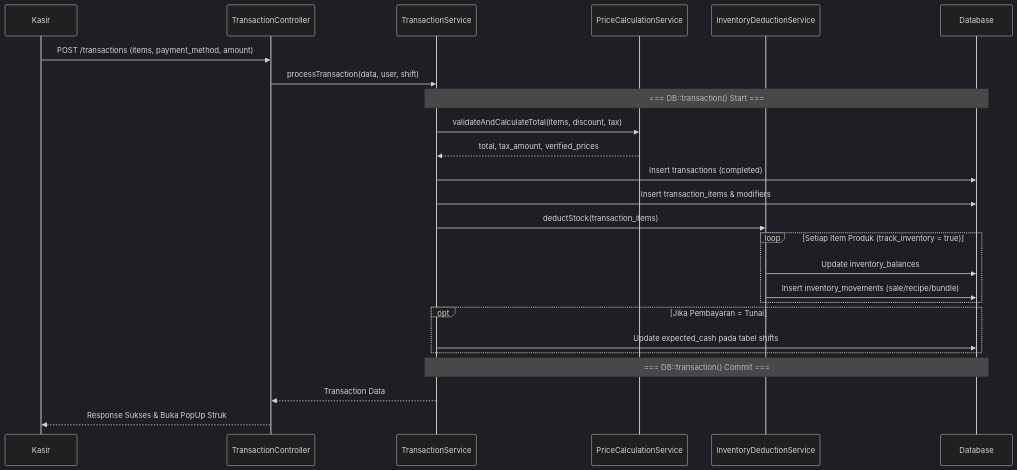
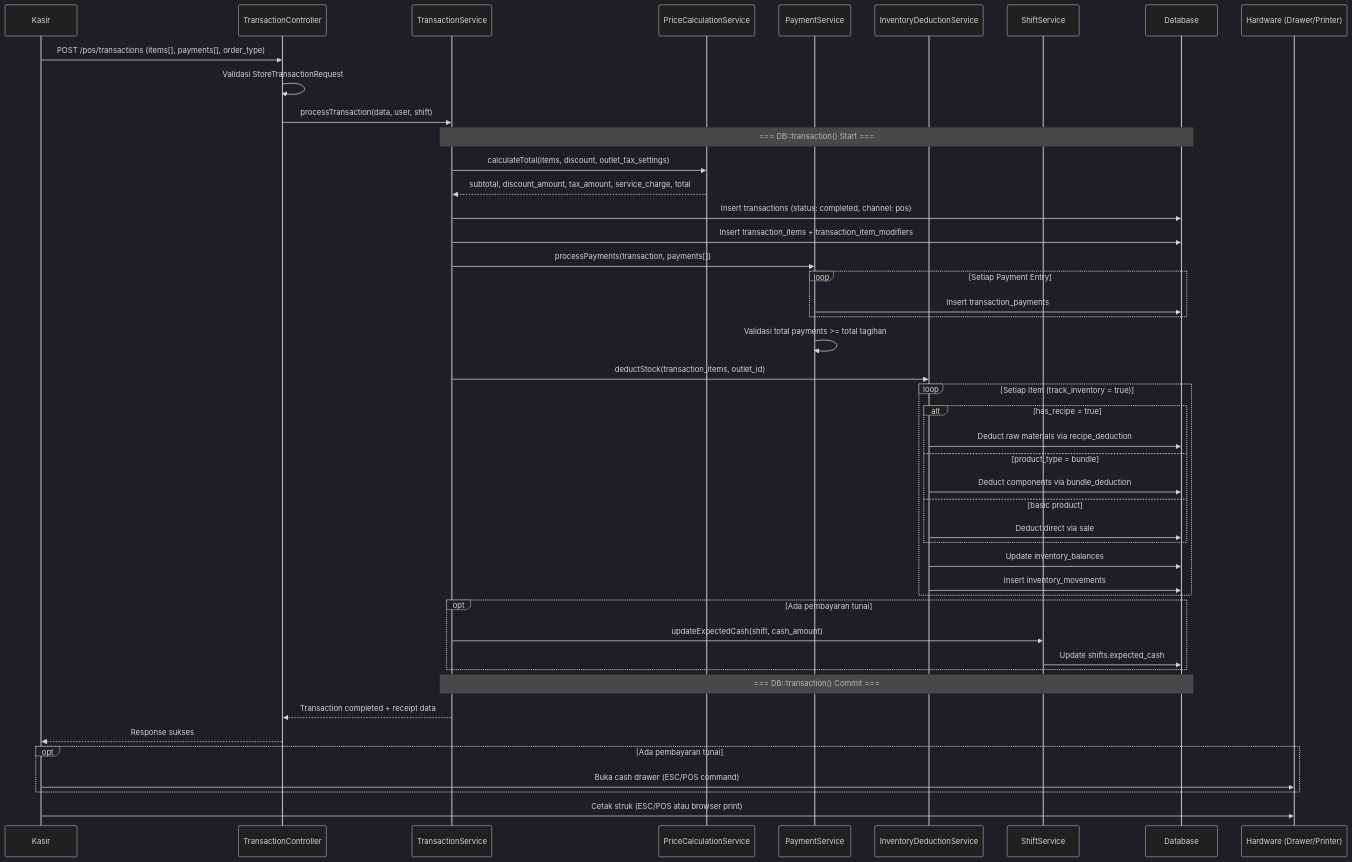
One commit to whykrr/sollu-app changed the second of 4 diagrams in prd/PRD Transaksi V1.md. Above: the diagram before and after it, drawn with Mermaid (dark theme). The commit also changed other lines of this file and 4 other files, not shown here.

````diff
--- a/prd/PRD Transaksi V1.md
+++ b/prd/PRD Transaksi V1.md
@@ -135,33 +261,58 @@
 ```mermaid
 sequenceDiagram
     participant K as Kasir
     participant C as TransactionController
     participant TS as TransactionService
     participant PC as PriceCalculationService
+    participant PS as PaymentService
     participant IS as InventoryDeductionService
+    participant SS as ShiftService
     participant DB as Database
+    participant HW as Hardware (Drawer/Printer)
 
-    K->>C: POST /transactions (items, payment_method, amount)
+    K->>C: POST /pos/transactions (items[], payments[], order_type)
+    C->>C: Validasi StoreTransactionRequest
     C->>TS: processTransaction(data, user, shift)
     
     Note over TS,DB: === DB::transaction() Start ===
-    TS->>PC: validateAndCalculateTotal(items, discount, tax)
-    PC-->>TS: total, tax_amount, verified_prices
     
-    TS->>DB: Insert transactions (completed)
-    TS->>DB: Insert transaction_items & modifiers
-    
-    TS->>IS: deductStock(transaction_items)
-    loop Setiap Item Produk (track_inventory = true)
+    TS->>PC: calculateTotal(items, discount, outlet_tax_settings)
+    PC-->>TS: subtotal, discount_amount, tax_amount, service_charge, total
+
+    TS->>DB: Insert transactions (status: completed, channel: pos)
+    TS->>DB: Insert transaction_items + transaction_item_modifiers
+
+    TS->>PS: processPayments(transaction, payments[])
+    loop Setiap Payment Entry
+        PS->>DB: Insert transaction_payments
+    end
+    PS->>PS: Validasi total payments >= total tagihan
+
+    TS->>IS: deductStock(transaction_items, outlet_id)
+    loop Setiap Item (track_inventory = true)
+        alt has_recipe = true
+            IS->>DB: Deduct raw materials via recipe_deduction
+        else product_type = bundle
+            IS->>DB: Deduct components via bundle_deduction
+        else basic product
+            IS->>DB: Deduct direct via sale
+        end
         IS->>DB: Update inventory_balances
-        IS->>DB: Insert inventory_movements (sale/recipe/bundle)
+        IS->>DB: Insert inventory_movements
     end
-    
-    opt Jika Pembayaran = Tunai
-        TS->>DB: Update expected_cash pada tabel shifts
+
+    opt Ada pembayaran tunai
+        TS->>SS: updateExpectedCash(shift, cash_amount)
+        SS->>DB: Update shifts.expected_cash
     end
-    
+
     Note over TS,DB: === DB::transaction() Commit ===
-    TS-->>C: Transaction Data
-    C-->>K: Response Sukses & Buka PopUp Struk
+
+    TS-->>C: Transaction completed + receipt data
+    C-->>K: Response sukses
+
+    opt Ada pembayaran tunai
+        K->>HW: Buka cash drawer (ESC/POS command)
+    end
+    K->>HW: Cetak struk (ESC/POS atau browser print)
 ```
````
